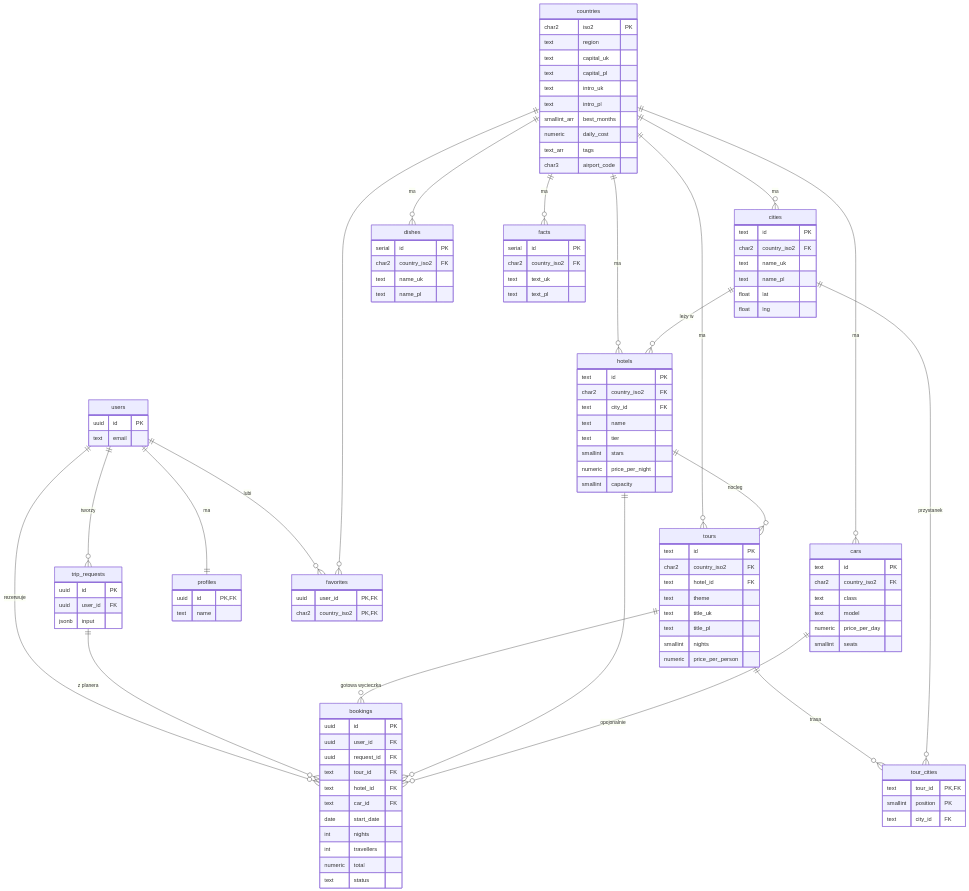
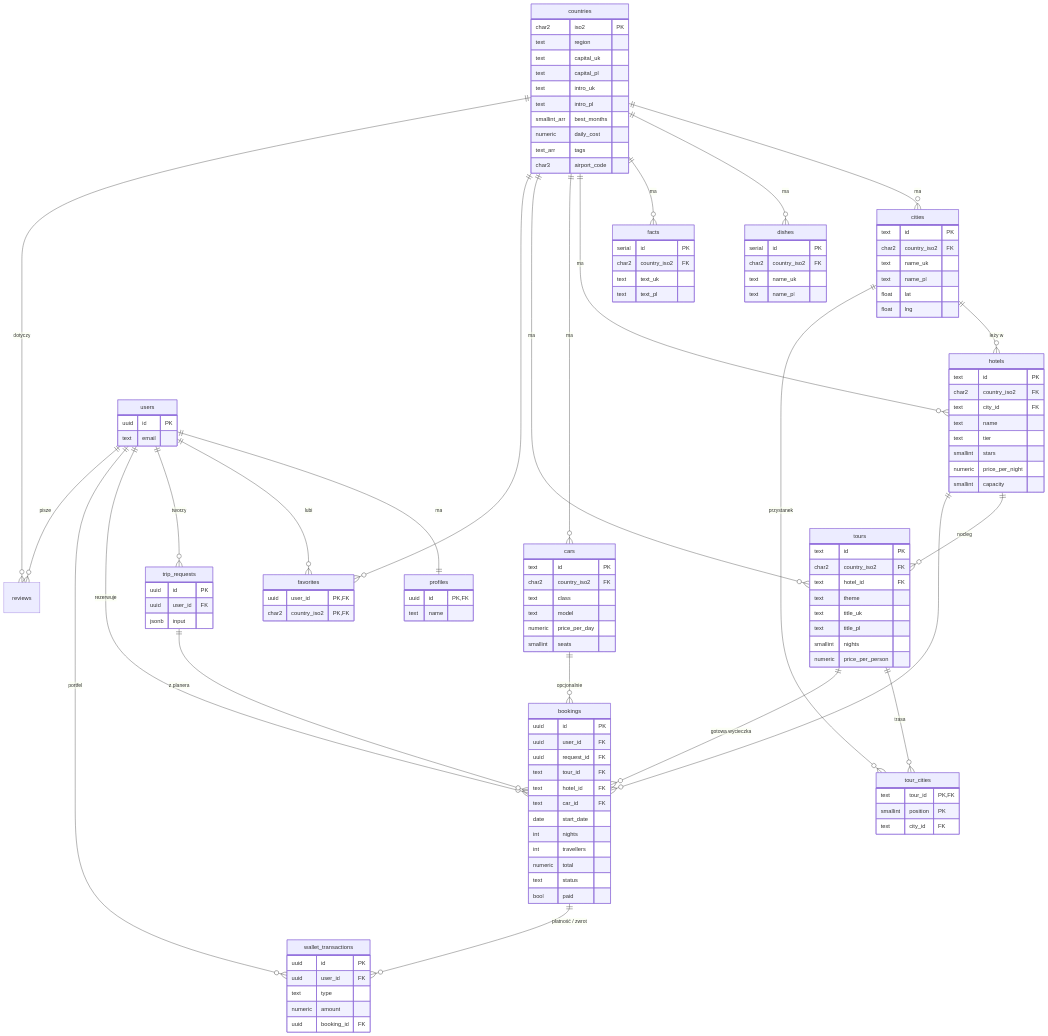
One commit to Anastazja45139/etravel changed the diagram in docs/DATABASE.md. Above: the diagram before and after it, drawn with Mermaid. The commit also changed other lines of this file and 55 other files, not shown here.

````diff
--- a/docs/DATABASE.md
+++ b/docs/DATABASE.md
@@ -31,6 +32,10 @@
     tours ||--o{ bookings : "gotowa wycieczka"
     hotels ||--o{ bookings : ""
     cars ||--o{ bookings : "opcjonalnie"
+    users ||--o{ wallet_transactions : "portfel"
+    users ||--o{ reviews : "pisze"
+    countries ||--o{ reviews : "dotyczy"
+    bookings ||--o{ wallet_transactions : "płatność / zwrot"
 
     countries {
         char2 iso2 PK
@@ -126,5 +131,13 @@
         int travellers
         numeric total
         text status
+        bool paid
+    }
+    wallet_transactions {
+        uuid id PK
+        uuid user_id FK
+        text type
+        numeric amount
+        uuid booking_id FK
     }
 ```
````
